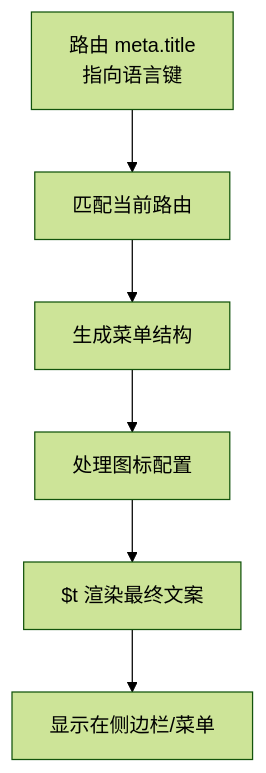
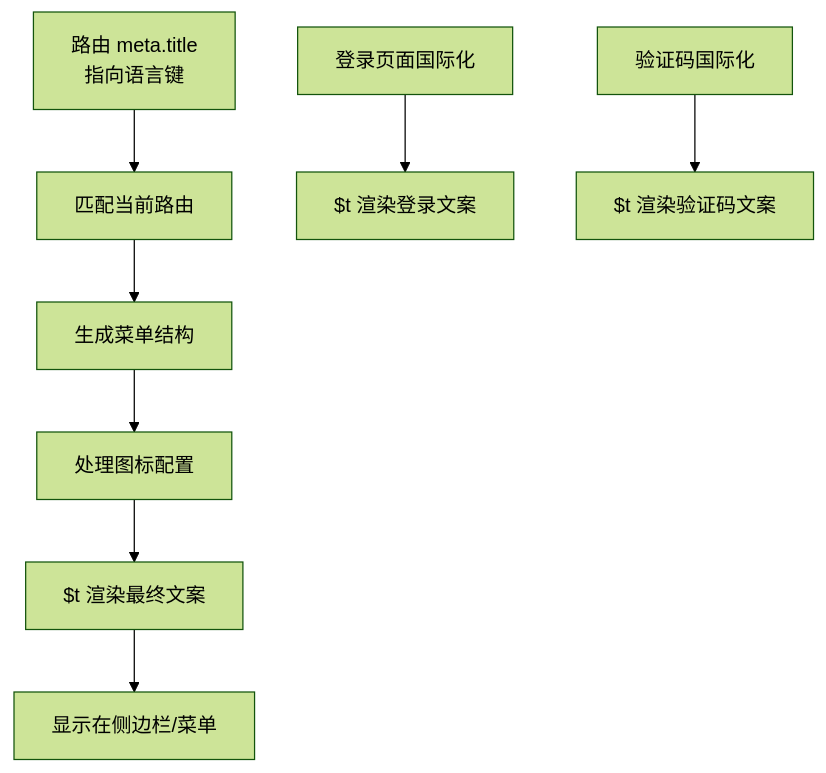
One commit to Neveryu/vue-cms changed the sixth of 7 diagrams in .qoder/repowiki/zh/content/核心功能/系统设置/多语言国际化.md. Above: the diagram before and after it, drawn with Mermaid (forest theme). The commit also changed other lines of this file and 25 other files, not shown here.

````diff
--- a/.qoder/repowiki/zh/content/核心功能/系统设置/多语言国际化.md
+++ b/.qoder/repowiki/zh/content/核心功能/系统设置/多语言国际化.md
@@ -302,8 +361,10 @@
 ```mermaid
 flowchart TD
 META["路由 meta.title<br/>指向语言键"] --> MATCH["匹配当前路由"]
 MATCH --> BR["生成菜单结构"]
 BR --> ICON["处理图标配置"]
 ICON --> T["$t 渲染最终文案"]
 T --> UI["显示在侧边栏/菜单"]
+LOGIN["登录页面国际化"] --> T_LOGIN["$t 渲染登录文案"]
+CAPTCHA["验证码国际化"] --> T_CAPTCHA["$t 渲染验证码文案"]
 ```
````
